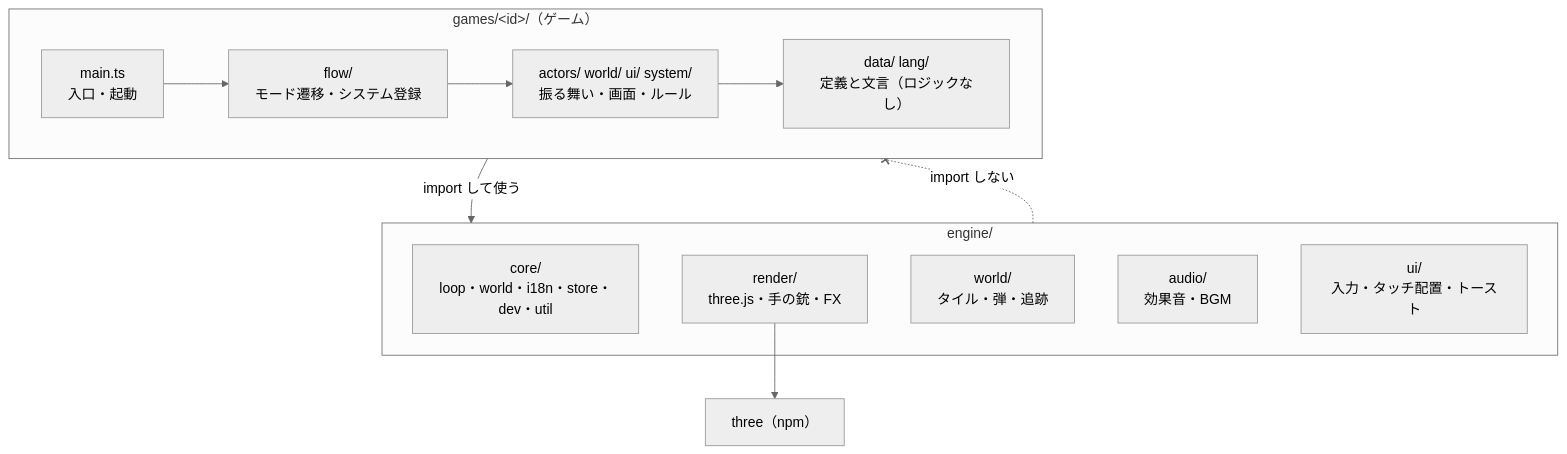
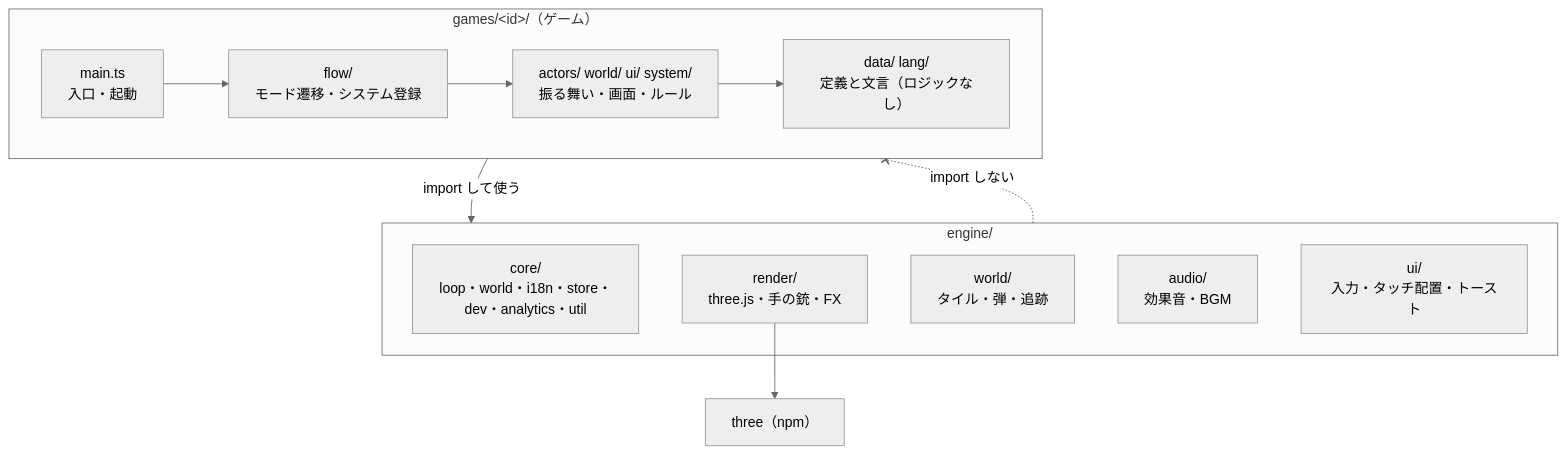
One commit to beatdjam/mini-games changed the first of 5 diagrams in engine/ARCHITECTURE.md. Above: the diagram before and after it, drawn with Mermaid (neutral theme). The commit also changed 12 other files, not shown here.

````diff
--- a/engine/ARCHITECTURE.md
+++ b/engine/ARCHITECTURE.md
@@ -28,22 +28,22 @@
 ```mermaid
 flowchart TB
   subgraph GAME["games/&lt;id&gt;/（ゲーム）"]
     MAIN["main.ts<br/>入口・起動"]
     FLOW["flow/<br/>モード遷移・システム登録"]
     ACT["actors/ world/ ui/ system/<br/>振る舞い・画面・ルール"]
     DATA["data/ lang/<br/>定義と文言（ロジックなし）"]
   end
   subgraph ENGINE["engine/"]
-    CORE["core/<br/>loop・world・i18n・store・dev・util"]
+    CORE["core/<br/>loop・world・i18n・store・dev・analytics・util"]
     REND["render/<br/>three.js・手の銃・FX"]
     WORLD["world/<br/>タイル・弾・追跡"]
     AUD["audio/<br/>効果音・BGM"]
     UI["ui/<br/>入力・タッチ配置・トースト"]
   end
   THREE["three（npm）"]
 
   MAIN --> FLOW --> ACT --> DATA
   GAME -- "import して使う" --> ENGINE
   ENGINE -. "import しない" .-x GAME
   REND --> THREE
 ```
````
